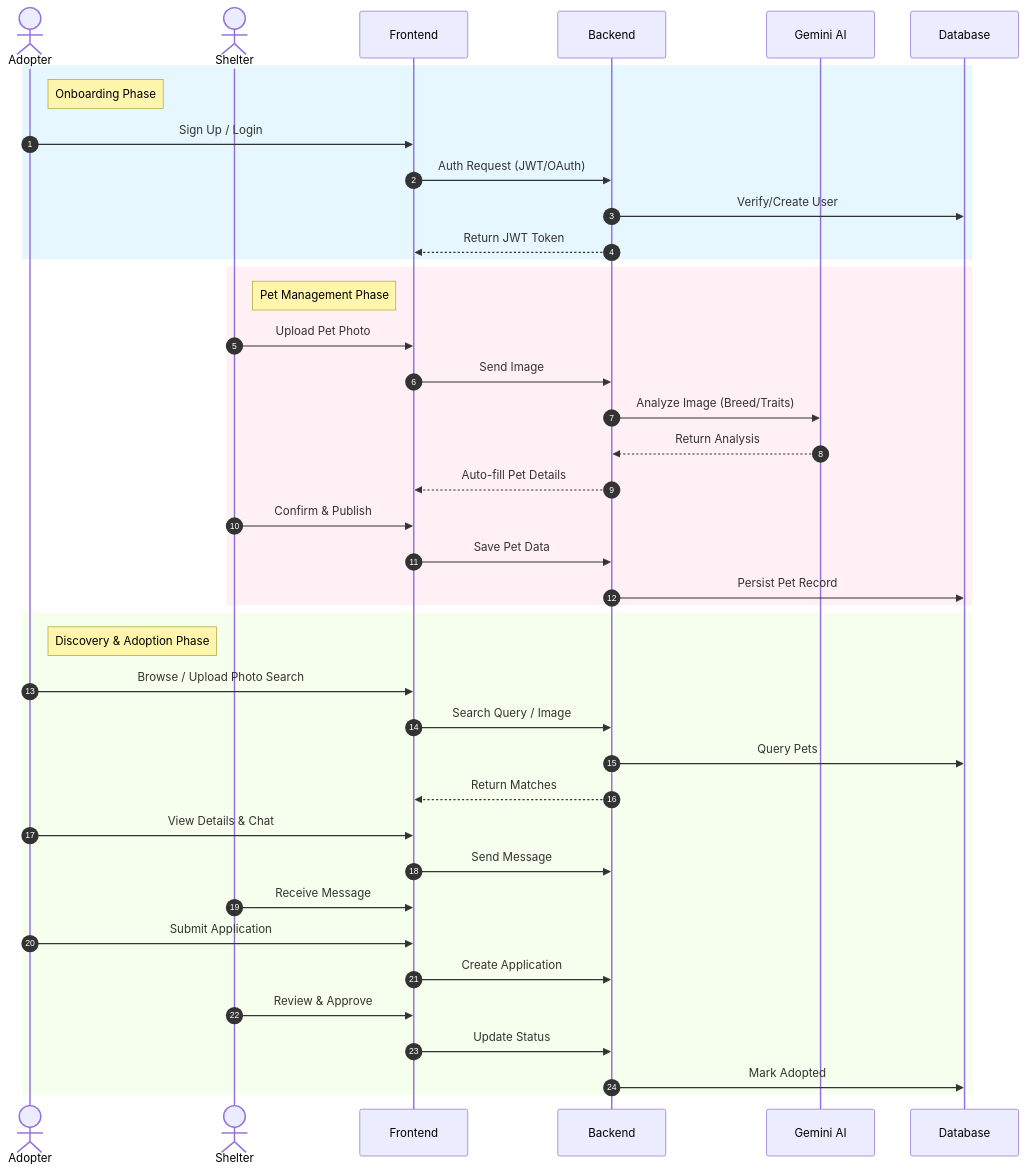
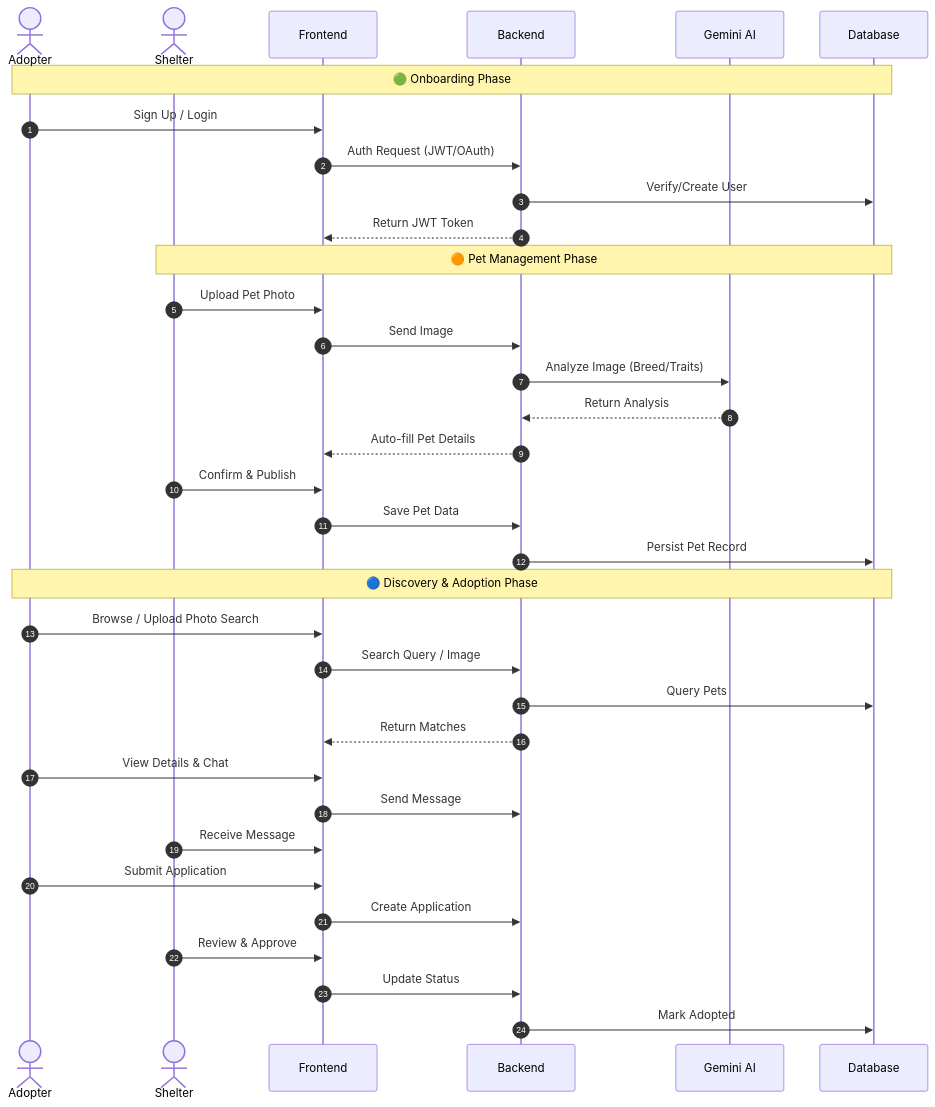
Before and after one commit to SaddamHussainSafi/furandfeathers: the second of 2 diagrams in README.md, drawn with Mermaid. The commit also changed other lines of this file, not shown here.

Commit message:
Refine README layout and diagrams

````diff
--- a/README.md
+++ b/README.md
@@ -164,46 +162,43 @@
 ```mermaid
 sequenceDiagram
     autonumber
     actor User as Adopter
     actor Shelter
     participant FE as Frontend
     participant BE as Backend
     participant AI as Gemini AI
     participant DB as Database
 
-    rect rgb(230, 247, 255)
-    note right of User: Onboarding Phase
+    %% Onboarding Phase
+    Note over User, DB: 🟢 Onboarding Phase
     User->>FE: Sign Up / Login
     FE->>BE: Auth Request (JWT/OAuth)
     BE->>DB: Verify/Create User
     BE-->>FE: Return JWT Token
-    end
 
-    rect rgb(255, 240, 246)
-    note right of Shelter: Pet Management Phase
+    %% Pet Management Phase
+    Note over Shelter, DB: 🟠 Pet Management Phase
     Shelter->>FE: Upload Pet Photo
     FE->>BE: Send Image
     BE->>AI: Analyze Image (Breed/Traits)
     AI-->>BE: Return Analysis
     BE-->>FE: Auto-fill Pet Details
     Shelter->>FE: Confirm & Publish
     FE->>BE: Save Pet Data
     BE->>DB: Persist Pet Record
-    end
 
-    rect rgb(246, 255, 237)
-    note right of User: Discovery & Adoption Phase
+    %% Discovery & Adoption Phase
+    Note over User, DB: 🔵 Discovery & Adoption Phase
     User->>FE: Browse / Upload Photo Search
     FE->>BE: Search Query / Image
     BE->>DB: Query Pets
     BE-->>FE: Return Matches
     User->>FE: View Details & Chat
     FE->>BE: Send Message
     Shelter->>FE: Receive Message
     User->>FE: Submit Application
     FE->>BE: Create Application
     Shelter->>FE: Review & Approve
     FE->>BE: Update Status
     BE->>DB: Mark Adopted
-    end
 ```
````
